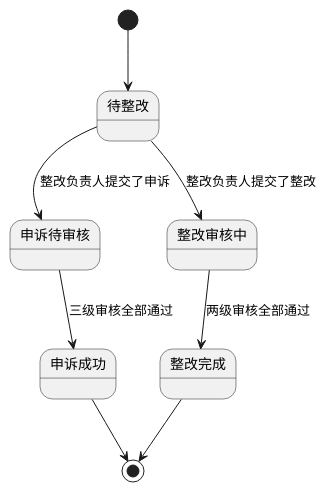
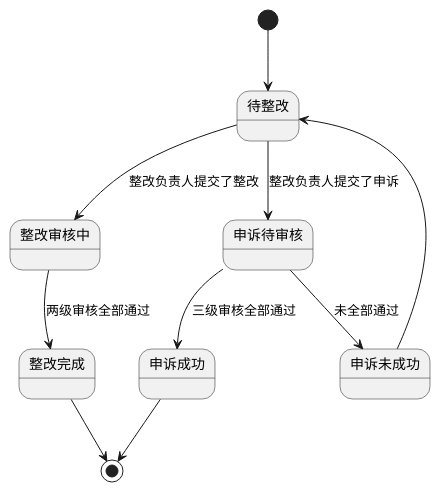
The diagram in uml/stateissue.puml (WFUing/inspecflow), drawn with PlantUML before and after one commit. The commit also changed 2 other files, not shown here.

```diff
--- a/uml/stateissue.puml
+++ b/uml/stateissue.puml
@@ -2,9 +2,11 @@
 @startuml stateissue
 [*] --> 待整改
 待整改 --> 申诉待审核 : 整改负责人提交了申诉
 申诉待审核 --> 申诉成功 : 三级审核全部通过
+申诉待审核 --> 申诉未成功 : 未全部通过
+申诉未成功 --> 待整改
 待整改 --> 整改审核中 : 整改负责人提交了整改
 整改审核中 --> 整改完成 : 两级审核全部通过
 申诉成功 --> [*]
 整改完成 --> [*]
 @enduml
```
